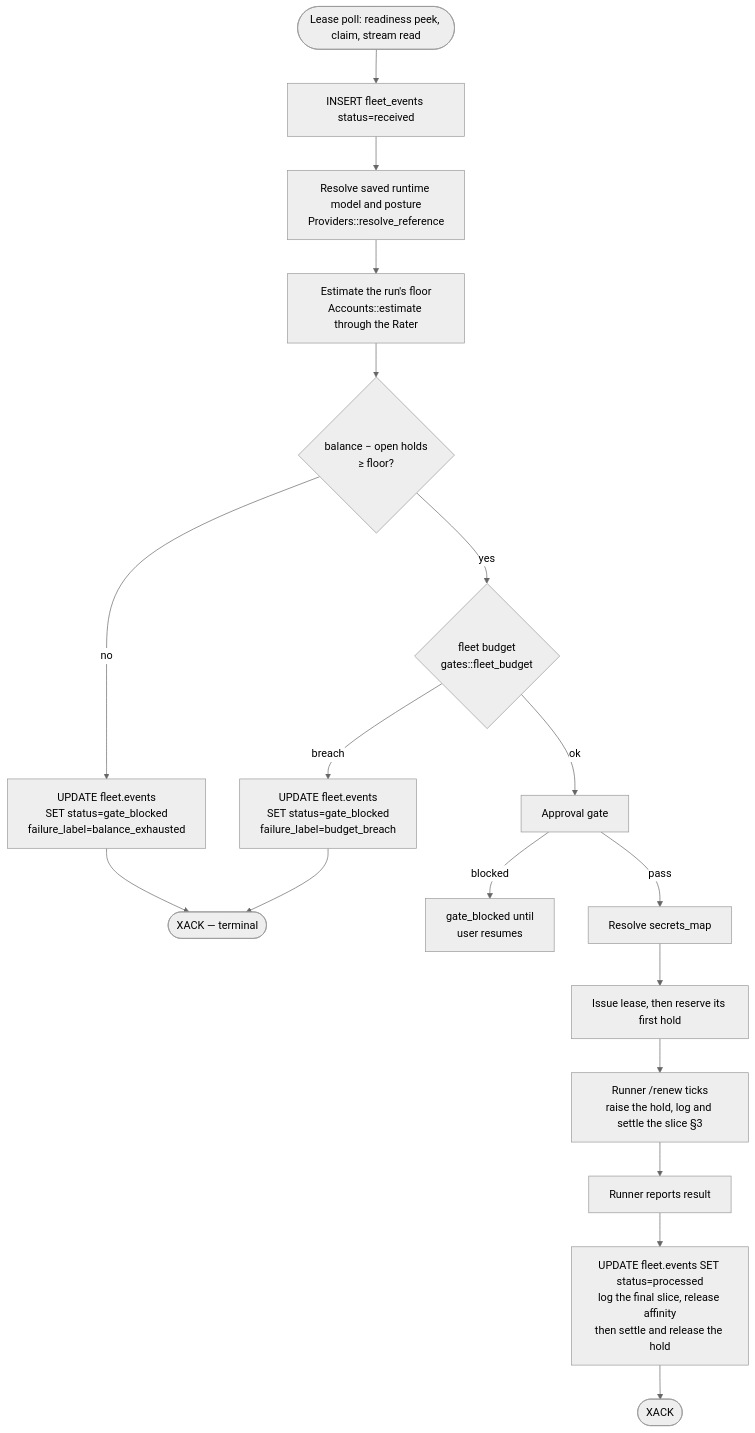
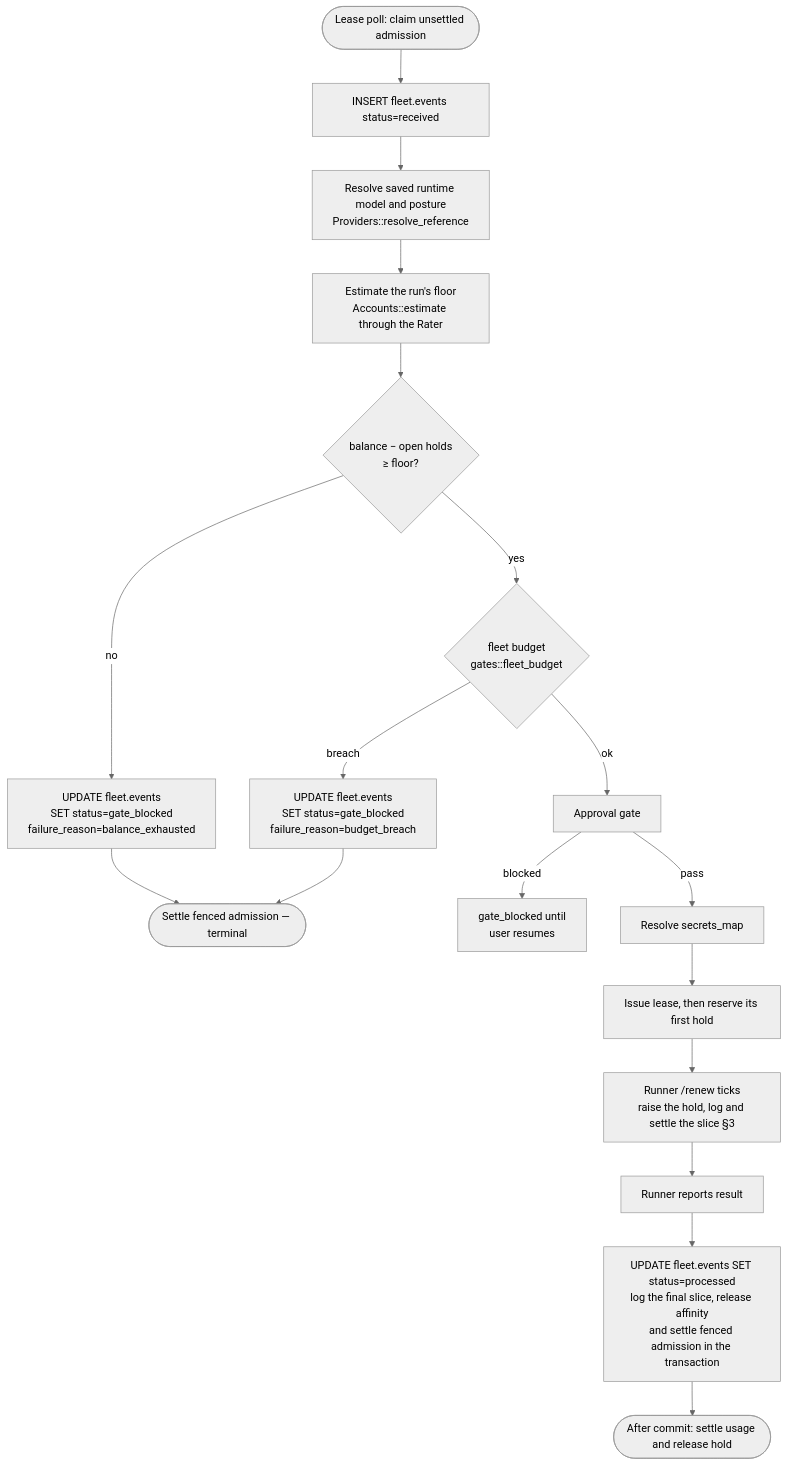
Before and after one commit to agentsfleet/agentsfleet: the diagram in docs/architecture/billing_and_provider_keys.md, drawn with Mermaid (neutral theme). The commit also changed other lines of this file and 458 other files, not shown here.

````diff
--- a/docs/architecture/billing_and_provider_keys.md
+++ b/docs/architecture/billing_and_provider_keys.md
@@ -294,20 +308,20 @@
 ```mermaid
 flowchart TD
-    A([Lease poll: readiness peek, claim, stream read]) --> B[INSERT fleet_events status=received]
+    A([Lease poll: claim unsettled admission]) --> B[INSERT fleet.events status=received]
     B --> C[Resolve saved runtime model and posture<br/>Providers::resolve_reference]
     C --> D[Estimate the run's floor<br/>Accounts::estimate through the Rater]
     D --> E{balance − open holds<br/>≥ floor?}
-    E -->|no| Block[UPDATE fleet.events<br/>SET status=gate_blocked<br/>failure_label=balance_exhausted]
-    Block --> X1([XACK — terminal])
+    E -->|no| Block[UPDATE fleet.events<br/>SET status=gate_blocked<br/>failure_reason=balance_exhausted]
+    Block --> X1([Settle fenced admission — terminal])
     E -->|yes| BG{fleet budget<br/>gates::fleet_budget}
-    BG -->|breach| BB[UPDATE fleet.events<br/>SET status=gate_blocked<br/>failure_label=budget_breach]
+    BG -->|breach| BB[UPDATE fleet.events<br/>SET status=gate_blocked<br/>failure_reason=budget_breach]
     BB --> X1
     BG -->|ok| G[Approval gate]
     G -->|blocked| Wait[gate_blocked until<br/>user resumes]
     G -->|pass| H[Resolve secrets_map]
     H --> J[Issue lease, then reserve its first hold]
     J --> Renew[Runner /renew ticks<br/>raise the hold, log and settle the slice §3]
     Renew --> K[Runner reports result]
-    K --> L[UPDATE fleet.events SET status=processed<br/>log the final slice, release affinity<br/>then settle and release the hold]
-    L --> X2([XACK])
+    K --> L[UPDATE fleet.events SET status=processed<br/>log the final slice, release affinity<br/>and settle fenced admission in the transaction]
+    L --> X2([After commit: settle usage and release hold])
 ```
````
